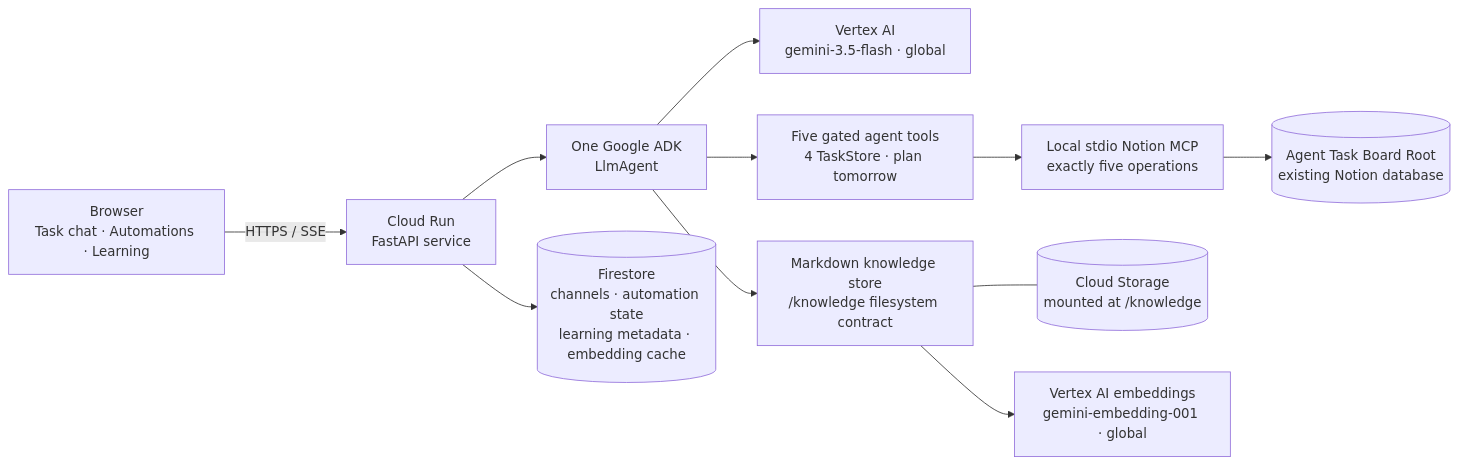
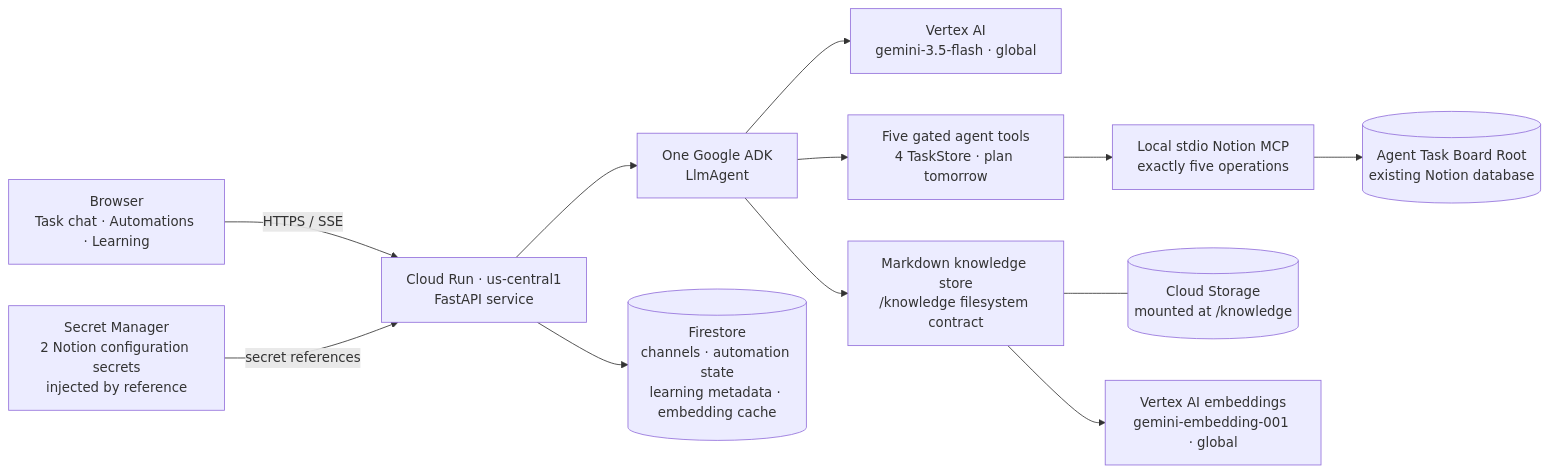
The diagram in docs/architecture.md (Avischai-G/avi-notes-assistant), drawn with Mermaid before and after one commit. The commit also changed other lines of this file and 2 other files, not shown here.

Commit message:
docs: update deployed architecture

````diff
--- a/docs/architecture.md
+++ b/docs/architecture.md
@@ -6,25 +9,27 @@
 ```mermaid
 flowchart LR
     B[Browser\nTask chat · Automations · Learning]
-    API[Cloud Run\nFastAPI service]
+    API[Cloud Run · us-central1\nFastAPI service]
     A[One Google ADK\nLlmAgent]
     V[Vertex AI\ngemini-3.5-flash · global]
     T[Five gated agent tools\n4 TaskStore · plan tomorrow]
     M[Local stdio Notion MCP\nexactly five operations]
     N[(Agent Task Board Root\nexisting Notion database)]
     F[(Firestore\nchannels · automation state\nlearning metadata · embedding cache)]
     K[Markdown knowledge store\n/knowledge filesystem contract]
     G[(Cloud Storage\nmounted at /knowledge)]
     E[Vertex AI embeddings\ngemini-embedding-001 · global]
+    S[Secret Manager\n2 Notion configuration secrets\ninjected by reference]
 
     B -->|HTTPS / SSE| API
+    S -->|secret references| API
     API --> A
     A --> V
     A --> T
     T --> M
     M --> N
     API --> F
     A --> K
     K --- G
     K --> E
 ```
````
